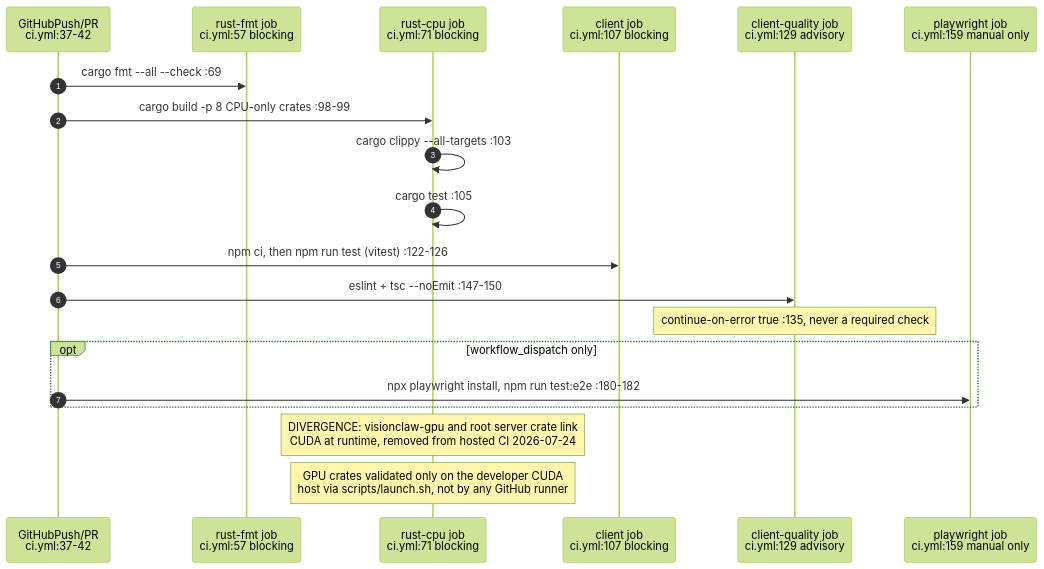
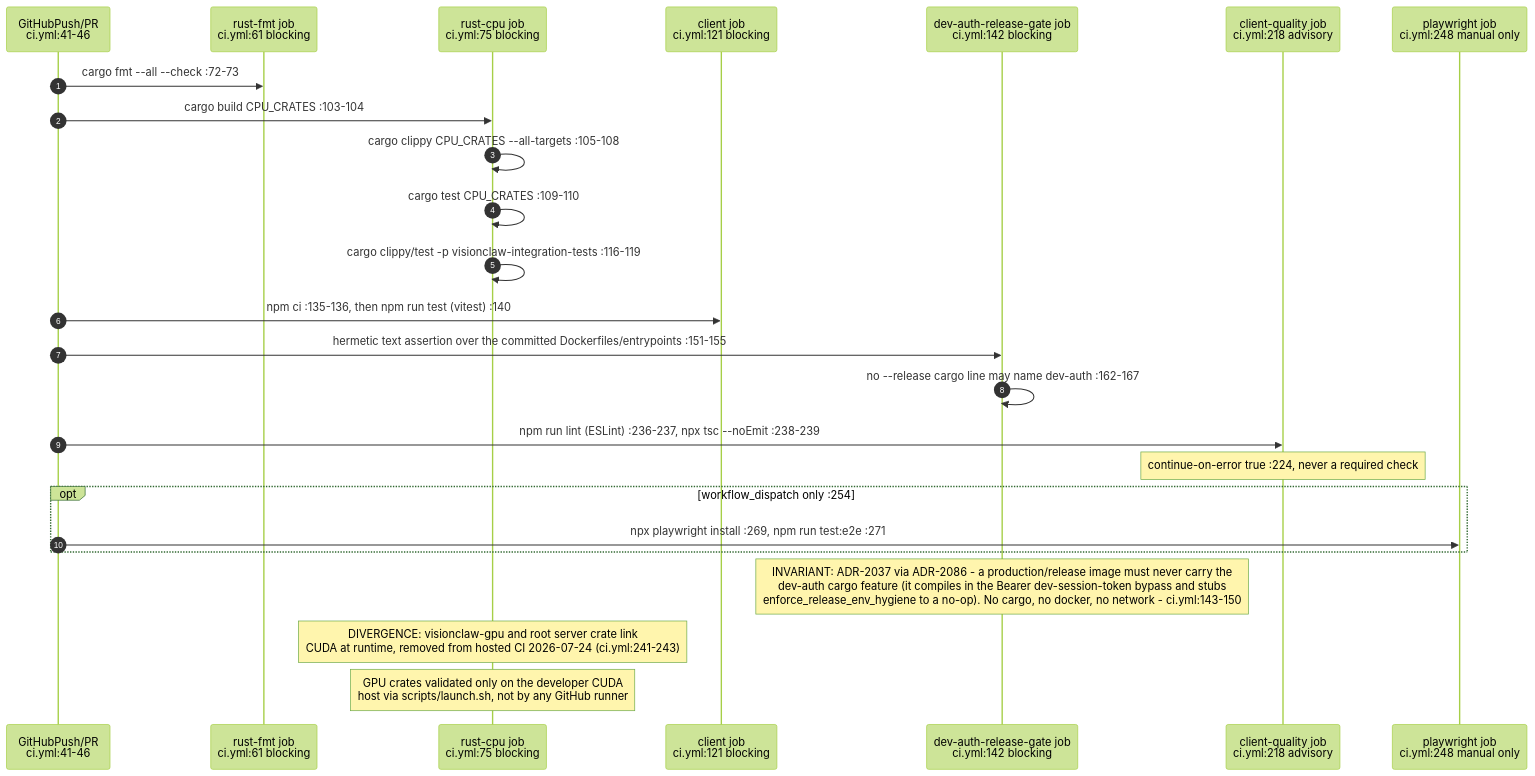
Diagram 11 of 19 in docs/diagrams/estate/09-build-deploy-and-ci-estate.md (DreamLab-AI/AR-AI-Knowledge-Graph), drawn with Mermaid (forest theme) before and after one commit. The commit also changed other lines of this file and 73 other files, not shown here.

First line of the commit message:
docs(diagrams): re-verify all 71 topic files against HEAD; add --cite-check

````diff
--- a/docs/diagrams/estate/09-build-deploy-and-ci-estate.md
+++ b/docs/diagrams/estate/09-build-deploy-and-ci-estate.md
@@ -387,23 +387,28 @@
 ```mermaid
 sequenceDiagram
     autonumber
-    participant GH as GitHubPush/PR<br/>ci.yml:37-42
-    participant FMT as rust-fmt job<br/>ci.yml:57 blocking
-    participant CPU as rust-cpu job<br/>ci.yml:71 blocking
-    participant CLI as client job<br/>ci.yml:107 blocking
-    participant LINT as client-quality job<br/>ci.yml:129 advisory
-    participant PW as playwright job<br/>ci.yml:159 manual only
+    participant GH as GitHubPush/PR<br/>ci.yml:41-46
+    participant FMT as rust-fmt job<br/>ci.yml:61 blocking
+    participant CPU as rust-cpu job<br/>ci.yml:75 blocking
+    participant CLI as client job<br/>ci.yml:121 blocking
+    participant GATE as dev-auth-release-gate job<br/>ci.yml:142 blocking
+    participant LINT as client-quality job<br/>ci.yml:218 advisory
+    participant PW as playwright job<br/>ci.yml:248 manual only
 
-    GH->>FMT: cargo fmt --all --check :69
-    GH->>CPU: cargo build -p 8 CPU-only crates :98-99
-    CPU->>CPU: cargo clippy --all-targets :103
-    CPU->>CPU: cargo test :105
-    GH->>CLI: npm ci, then npm run test (vitest) :122-126
-    GH->>LINT: eslint + tsc --noEmit :147-150
-    Note over LINT: continue-on-error true :135, never a required check
-    opt workflow_dispatch only
-        GH->>PW: npx playwright install, npm run test:e2e :180-182
+    GH->>FMT: cargo fmt --all --check :72-73
+    GH->>CPU: cargo build CPU_CRATES :103-104
+    CPU->>CPU: cargo clippy CPU_CRATES --all-targets :105-108
+    CPU->>CPU: cargo test CPU_CRATES :109-110
+    CPU->>CPU: cargo clippy/test -p visionclaw-integration-tests :116-119
+    GH->>CLI: npm ci :135-136, then npm run test (vitest) :140
+    GH->>GATE: hermetic text assertion over the committed Dockerfiles/entrypoints :151-155
+    GATE->>GATE: no --release cargo line may name dev-auth :162-167
+    GH->>LINT: npm run lint (ESLint) :236-237, npx tsc --noEmit :238-239
+    Note over LINT: continue-on-error true :224, never a required check
+    opt workflow_dispatch only :254
+        GH->>PW: npx playwright install :269, npm run test:e2e :271
     end
-    Note over CPU: DIVERGENCE: visionclaw-gpu and root server crate link<br/>CUDA at runtime, removed from hosted CI 2026-07-24
+    Note over GATE: INVARIANT: ADR-2037 via ADR-2086 - a production/release image must never carry the<br/>dev-auth cargo feature (it compiles in the Bearer dev-session-token bypass and stubs<br/>enforce_release_env_hygiene to a no-op). No cargo, no docker, no network - ci.yml:143-150
+    Note over CPU: DIVERGENCE: visionclaw-gpu and root server crate link<br/>CUDA at runtime, removed from hosted CI 2026-07-24 (ci.yml:241-243)
     Note over CPU: GPU crates validated only on the developer CUDA<br/>host via scripts/launch.sh, not by any GitHub runner
 ```
````
